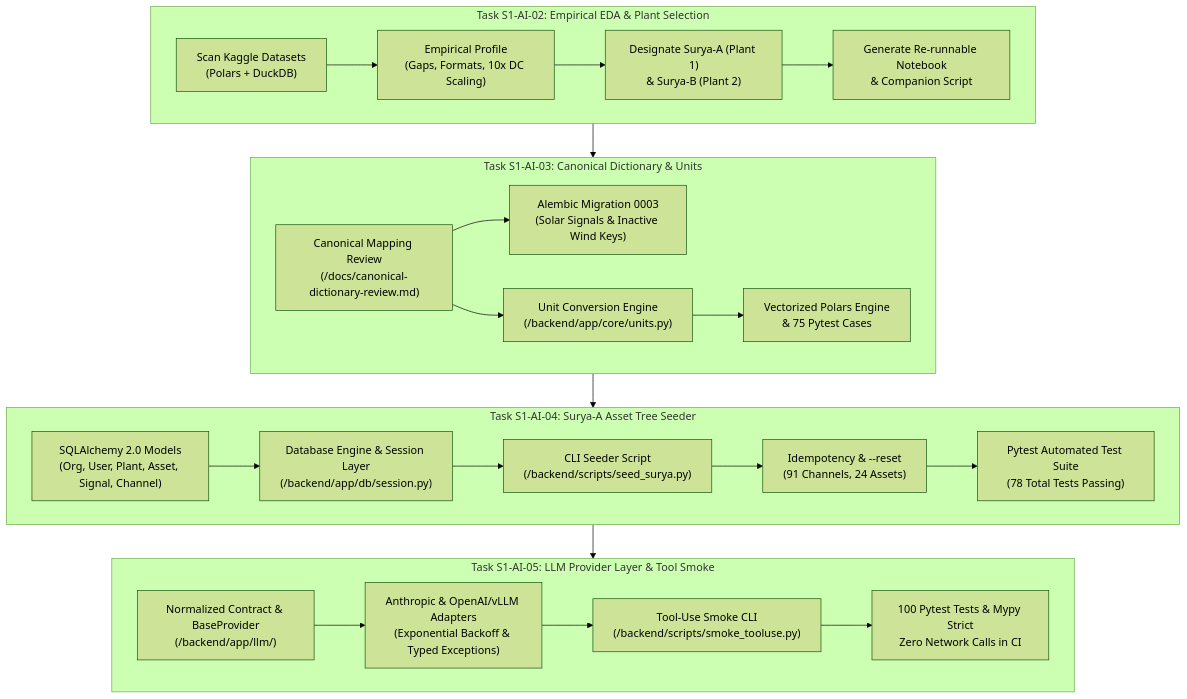
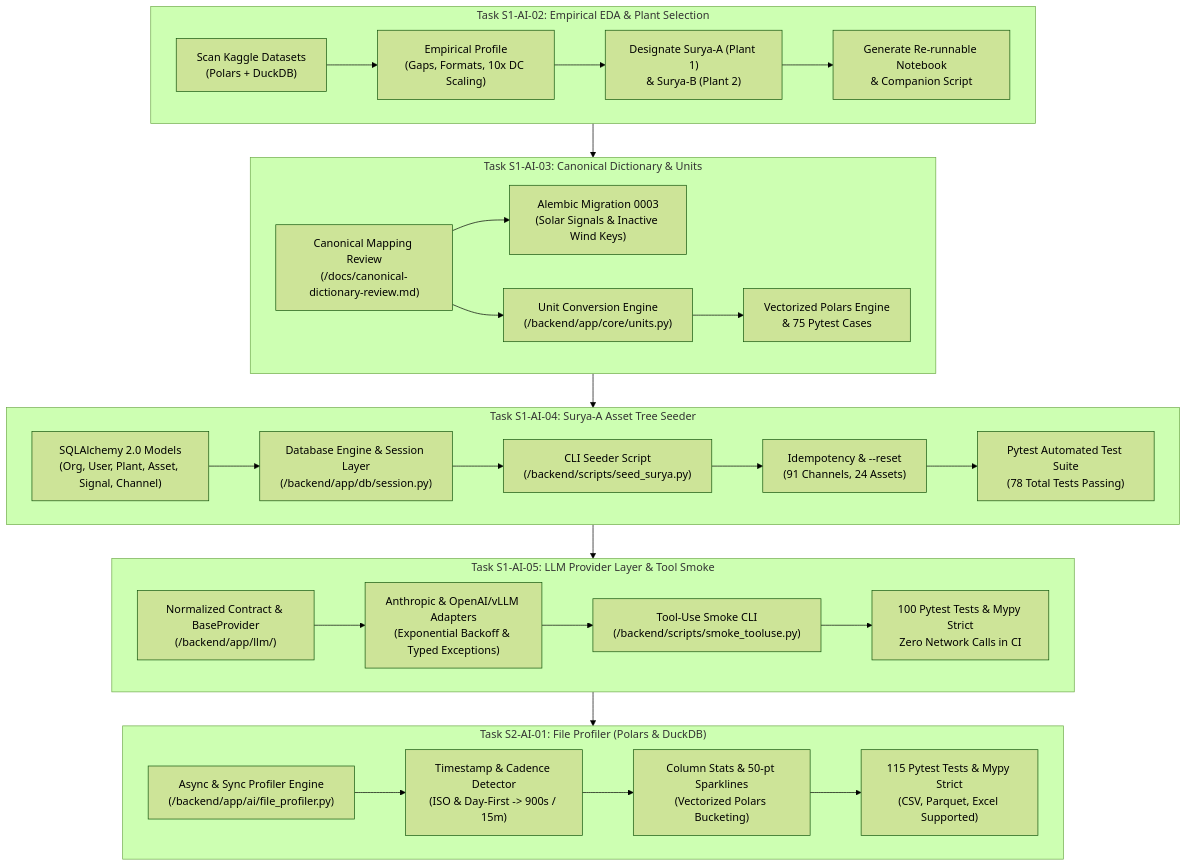
One commit to SaiTulasiisukapalli/PlantIQ changed the diagram in docs/walkthrough.md. Above: the diagram before and after it, drawn with Mermaid (forest theme). The commit also changed other lines of this file and 4 other files, not shown here.

Commit message:
feat(ai): implement file profiler using Polars and DuckDB (Task S2-AI-01)

````diff
--- a/docs/walkthrough.md
+++ b/docs/walkthrough.md
@@ -9,31 +9,38 @@
 ```mermaid
 flowchart TD
     subgraph S1_AI_02["Task S1-AI-02: Empirical EDA & Plant Selection"]
         D1["Scan Kaggle Datasets\n(Polars + DuckDB)"] --> D2["Empirical Profile\n(Gaps, Formats, 10x DC Scaling)"]
         D2 --> D3["Designate Surya-A (Plant 1)\n& Surya-B (Plant 2)"]
         D3 --> D4["Generate Re-runnable Notebook\n& Companion Script"]
     end
 
     subgraph S1_AI_03["Task S1-AI-03: Canonical Dictionary & Units"]
         C1["Canonical Mapping Review\n(/docs/canonical-dictionary-review.md)"] --> C2["Alembic Migration 0003\n(Solar Signals & Inactive Wind Keys)"]
         C1 --> C3["Unit Conversion Engine\n(/backend/app/core/units.py)"]
         C3 --> C4["Vectorized Polars Engine\n& 75 Pytest Cases"]
     end
 
     subgraph S1_AI_04["Task S1-AI-04: Surya-A Asset Tree Seeder"]
         M1["SQLAlchemy 2.0 Models\n(Org, User, Plant, Asset, Signal, Channel)"] --> M2["Database Engine & Session Layer\n(/backend/app/db/session.py)"]
         M2 --> M3["CLI Seeder Script\n(/backend/scripts/seed_surya.py)"]
         M3 --> M4["Idempotency & --reset\n(91 Channels, 24 Assets)"]
         M4 --> M5["Pytest Automated Test Suite\n(78 Total Tests Passing)"]
     end
 
     subgraph S1_AI_05["Task S1-AI-05: LLM Provider Layer & Tool Smoke"]
         L1["Normalized Contract & BaseProvider\n(/backend/app/llm/)"] --> L2["Anthropic & OpenAI/vLLM Adapters\n(Exponential Backoff & Typed Exceptions)"]
         L2 --> L3["Tool-Use Smoke CLI\n(/backend/scripts/smoke_tooluse.py)"]
         L3 --> L4["100 Pytest Tests & Mypy Strict\nZero Network Calls in CI"]
     end
 
+    subgraph S2_AI_01["Task S2-AI-01: File Profiler (Polars & DuckDB)"]
+        P1["Async & Sync Profiler Engine\n(/backend/app/ai/file_profiler.py)"] --> P2["Timestamp & Cadence Detector\n(ISO & Day-First -> 900s / 15m)"]
+        P2 --> P3["Column Stats & 50-pt Sparklines\n(Vectorized Polars Bucketing)"]
+        P3 --> P4["115 Pytest Tests & Mypy Strict\n(CSV, Parquet, Excel Supported)"]
+    end
+
     S1_AI_02 --> S1_AI_03
     S1_AI_03 --> S1_AI_04
     S1_AI_04 --> S1_AI_05
+    S1_AI_05 --> S2_AI_01
 ```
````
